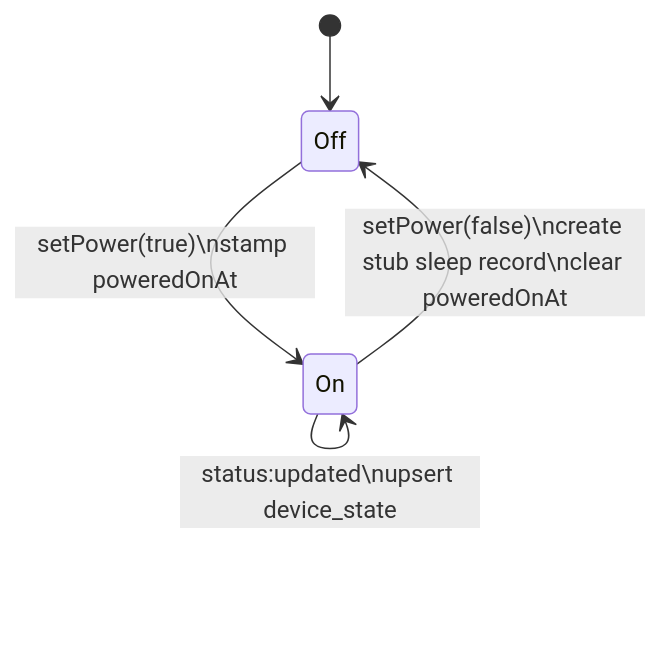
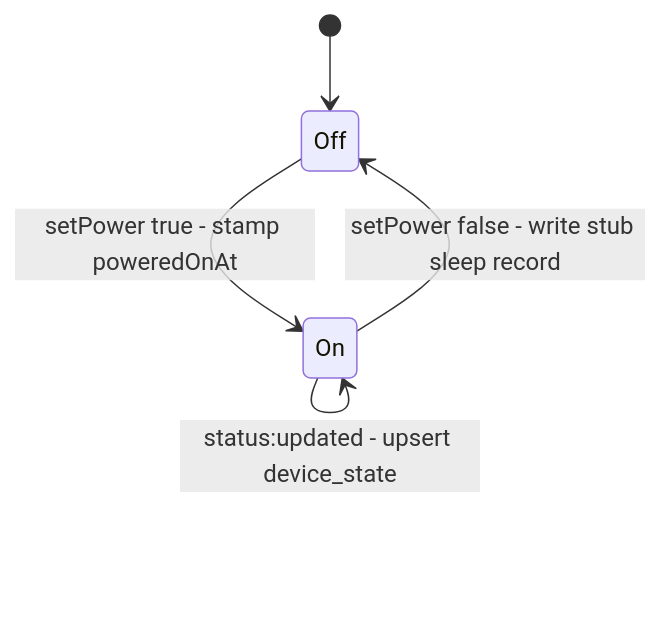
One commit to sleepypod/core changed the third of 6 diagrams in README.md. Above: the diagram before and after it, drawn with Mermaid. The commit also changed other lines of this file, not shown here.

Commit message:
fix(readme): correct Mermaid syntax and license

````diff
--- a/README.md
+++ b/README.md
@@ -84,7 +84,7 @@
 ```mermaid
 stateDiagram-v2
     [*] --> Off
-    Off --> On: setPower(true)\nstamp poweredOnAt
-    On --> Off: setPower(false)\ncreate stub sleep record\nclear poweredOnAt
-    On --> On: status:updated\nupsert device_state
+    Off --> On: setPower true - stamp poweredOnAt
+    On --> Off: setPower false - write stub sleep record
+    On --> On: status:updated - upsert device_state
 ```
````
